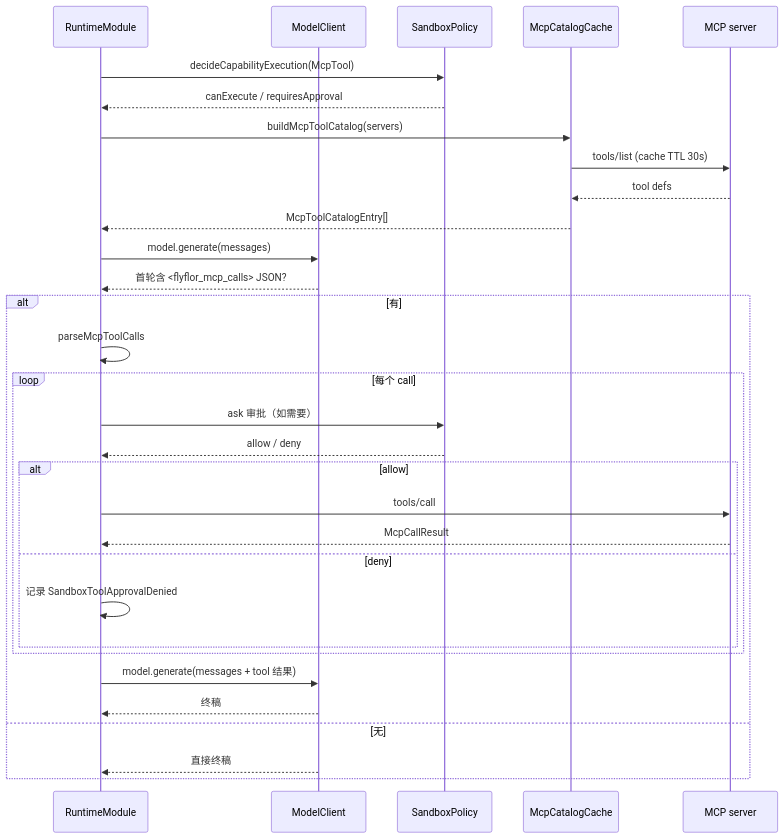
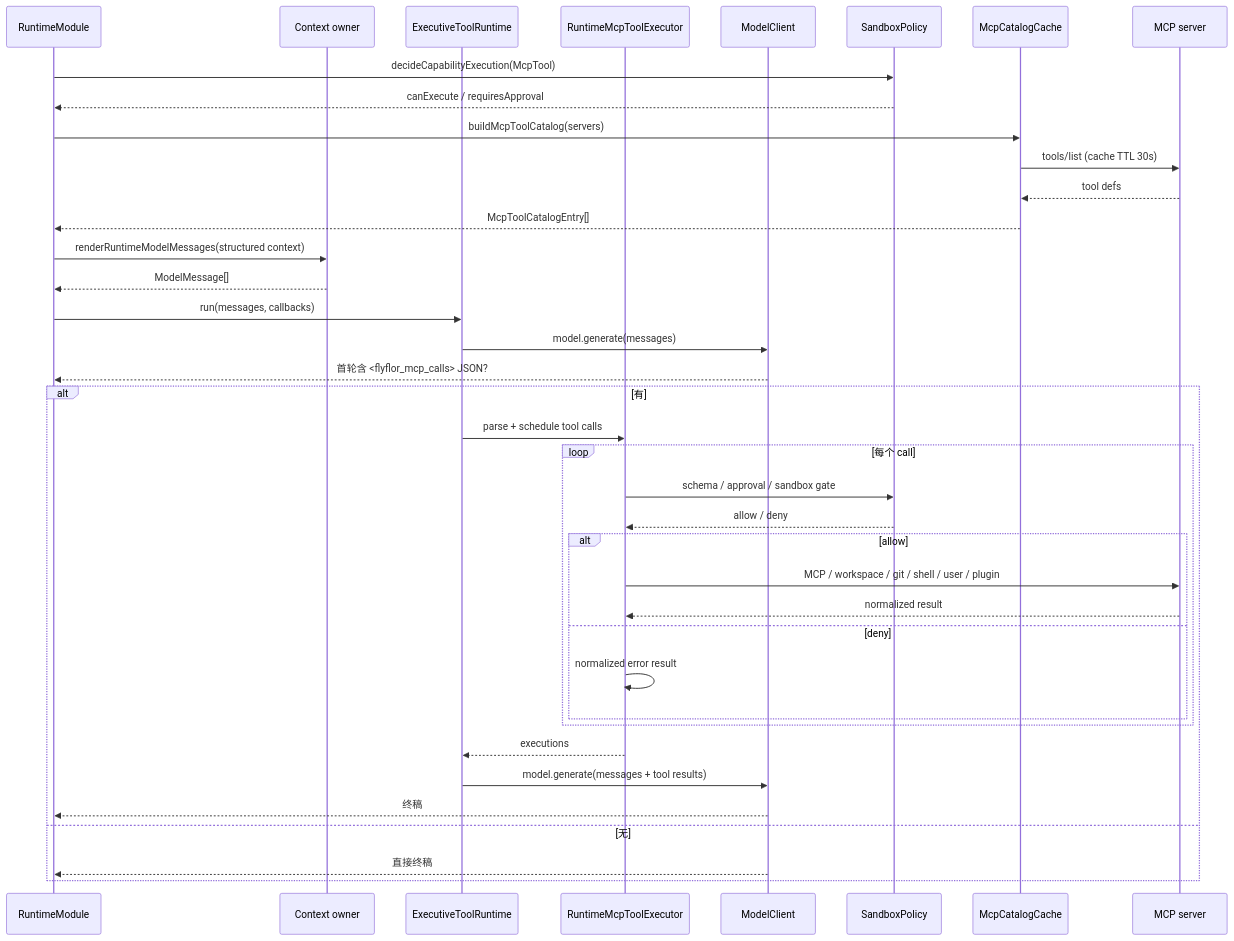
One commit to flyflor/flyflor changed the fourth of 5 diagrams in docs/runtime.turn.md. Above: the diagram before and after it, drawn with Mermaid. The commit also changed other lines of this file and 131 other files, not shown here.

````diff
--- a/docs/runtime.turn.md
+++ b/docs/runtime.turn.md
@@ -163,34 +175,41 @@
 ```mermaid
 sequenceDiagram
     participant RT as RuntimeModule
+    participant Context as Context owner
+    participant Exec as ExecutiveToolRuntime
+    participant Adapter as RuntimeMcpToolExecutor
     participant LLM as ModelClient
     participant Sandbox as SandboxPolicy
     participant Cat as McpCatalogCache
     participant MCP as MCP server
 
     RT->>Sandbox: decideCapabilityExecution(McpTool)
     Sandbox-->>RT: canExecute / requiresApproval
     RT->>Cat: buildMcpToolCatalog(servers)
     Cat->>MCP: tools/list (cache TTL 30s)
     MCP-->>Cat: tool defs
     Cat-->>RT: McpToolCatalogEntry[]
-    RT->>LLM: model.generate(messages)
+    RT->>Context: renderRuntimeModelMessages(structured context)
+    Context-->>RT: ModelMessage[]
+    RT->>Exec: run(messages, callbacks)
+    Exec->>LLM: model.generate(messages)
     LLM-->>RT: 首轮含 <flyflor_mcp_calls> JSON?
     alt 有
-        RT->>RT: parseMcpToolCalls
+        Exec->>Adapter: parse + schedule tool calls
         loop 每个 call
-            RT->>Sandbox: ask 审批（如需要）
-            Sandbox-->>RT: allow / deny
+            Adapter->>Sandbox: schema / approval / sandbox gate
+            Sandbox-->>Adapter: allow / deny
             alt allow
-                RT->>MCP: tools/call
-                MCP-->>RT: McpCallResult
+                Adapter->>MCP: MCP / workspace / git / shell / user / plugin
+                MCP-->>Adapter: normalized result
             else deny
-                RT->>RT: 记录 SandboxToolApprovalDenied
+                Adapter->>Adapter: normalized error result
             end
         end
-        RT->>LLM: model.generate(messages + tool 结果)
+        Adapter-->>Exec: executions
+        Exec->>LLM: model.generate(messages + tool results)
         LLM-->>RT: 终稿
     else 无
         LLM-->>RT: 直接终稿
     end
 ```
````
